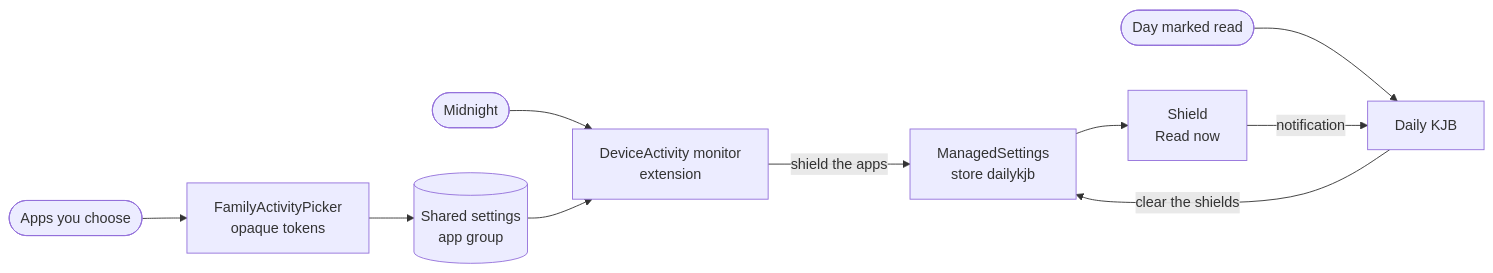
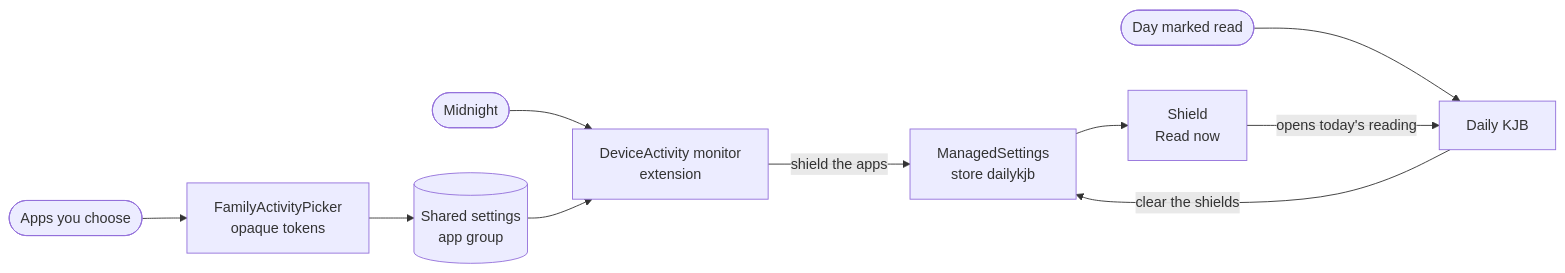
Before and after one commit to Cinderwire-co/DailyKJB: the diagram in README.md, drawn with Mermaid. The commit also changed other lines of this file and 24 other files, not shown here.

First line of the commit message:
Widgets, and "Read now" opens today's reading (1.1.0 build 23)

````diff
--- a/README.md
+++ b/README.md
@@ -41,12 +42,12 @@
 ```mermaid
 flowchart LR
     pick([Apps you choose]) --> picker["FamilyActivityPicker<br/>opaque tokens"]
     picker --> store[("Shared settings<br/>app group")]
     midnight(["Midnight"]) --> monitor["DeviceActivity monitor<br/>extension"]
     store --> monitor
     monitor -- "shield the apps" --> settings["ManagedSettings<br/>store dailykjb"]
     read(["Day marked read"]) --> app["Daily KJB"]
     app -- "clear the shields" --> settings
     settings --> shield["Shield<br/>Read now"]
-    shield -- "notification" --> app
+    shield -- "opens today's reading" --> app
 ```
````
